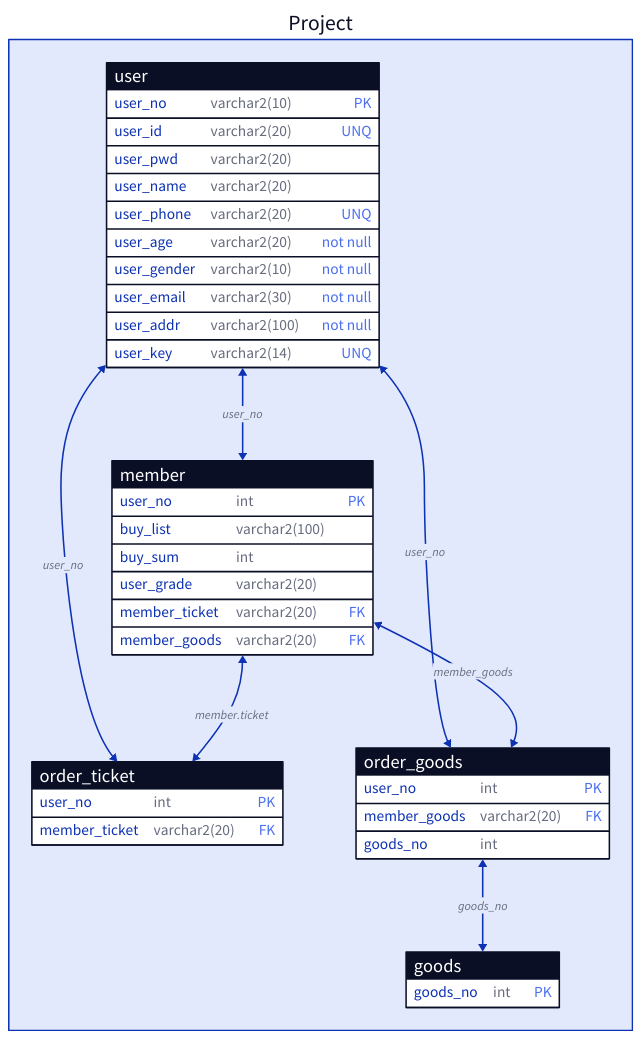
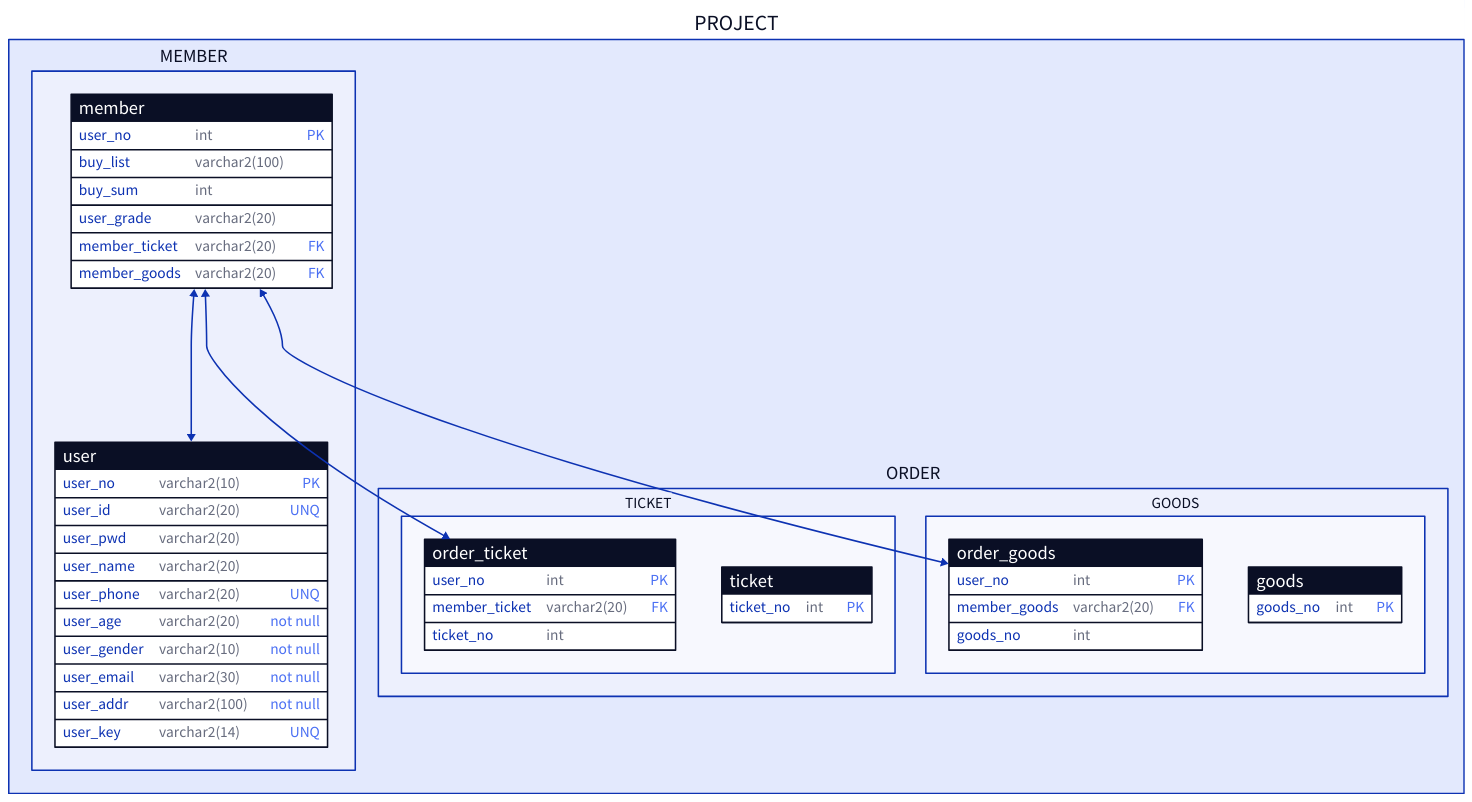
One commit to impwy/Test changed the diagram in entyti.d2. Above: the diagram before and after it, drawn with D2.

Commit message:
no message

```diff
--- a/entyti.d2
+++ b/entyti.d2
@@ -1,62 +1,76 @@
 
+PROJECT:{
 
-Project:{
-    
-    
-    """ 멤버쉽 테이블 """
+    MEMBER:{
+        
+        
+        """ 멤버쉽 테이블 """
     member:{
         shape:sql_table
         
         user_no:int{constraint:primary_key}
         buy_list:varchar2(100)
         buy_sum:int
         user_grade:varchar2(20)
         member_ticket:varchar2(20){constraint:foreign_key}
         member_goods:varchar2(20){constraint:foreign_key}
         
         
     }
     
     """ 회원 테이블 """
     user:{
         shape:sql_table
         
         user_no:varchar2(10){constraint:primary_key}
         user_id:varchar2(20){constraint:unique}
         user_pwd:varchar2(20)
         user_name:varchar2(20)
         user_phone:varchar2(20){constraint:unique}
         user_age:varchar2(20){constraint:not null}
         user_gender:varchar2(10){constraint:not null}
         user_email:varchar2(30){constraint:not null}
         user_addr:varchar2(100){constraint:not null}
         user_key:varchar2(14){constraint:unique}
+        
+    }
+}
+ORDER:{
 
+    TICKET:{
+        
+        order_ticket:{
+            shape:sql_table
+            
+            user_no:int{constraint:primary_key}
+            member_ticket:varchar2(20){constraint:foreign_key}
+            ticket_no:int
+        }
+        ticket:{
+            shape:sql_table
+            ticket_no:int{constraint:primary_key}
+
+        }
     }
-    order_ticket:{
-        shape:sql_table
+    GOODS:{
+        
+        order_goods:{
+            shape:sql_table
+            
+            user_no:int{constraint:primary_key}
+            member_goods:varchar2(20){constraint:foreign_key}
+            goods_no:int
+        }
+        goods{
+            shape:sql_table
+            goods_no:int{constraint:primary_key}
+        }
+    }
+}
+MEMBER.member.user_no <-> MEMBER.user.user_no
 
-        user_no:int{constraint:primary_key}
-        member_ticket:varchar2(20){constraint:foreign_key}
-    }
-    order_goods:{
-        shape:sql_table
+MEMBER.member.user_no <->ORDER.TICKET.order_ticket.user_no
+MEMBER.member.user_no <->ORDER.GOODS.order_goods.user_no
 
-        user_no:int{constraint:primary_key}
-        member_goods:varchar2(20){constraint:foreign_key}
-        goods_no:int
-    }
-    goods{
-        shape:sql_table
-        goods_no:int{constraint:primary_key}
-    }
-    user.user_no <-> member.user_no : user_no
-    user.user_no <-> order_ticket.user_no : user_no
-    user.user_no <-> order_goods.user_no : user_no
 
-    member.member_goods <-> order_goods.member_goods :member_goods
-    member.member_ticket <-> order_ticket.member_ticket : member.ticket
-
-    order_goods.goods_no <-> goods.goods_no :goods_no
-    
 }
```
